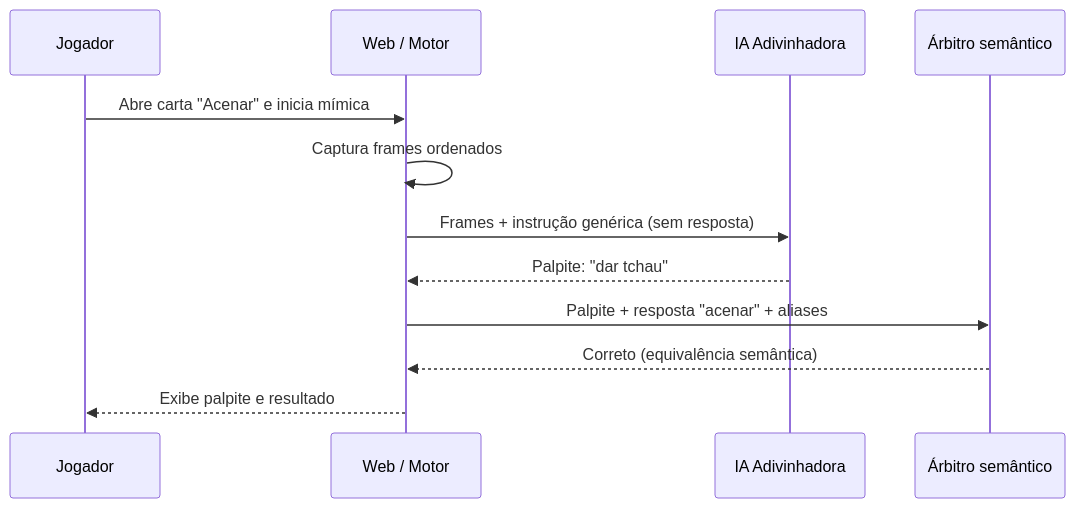
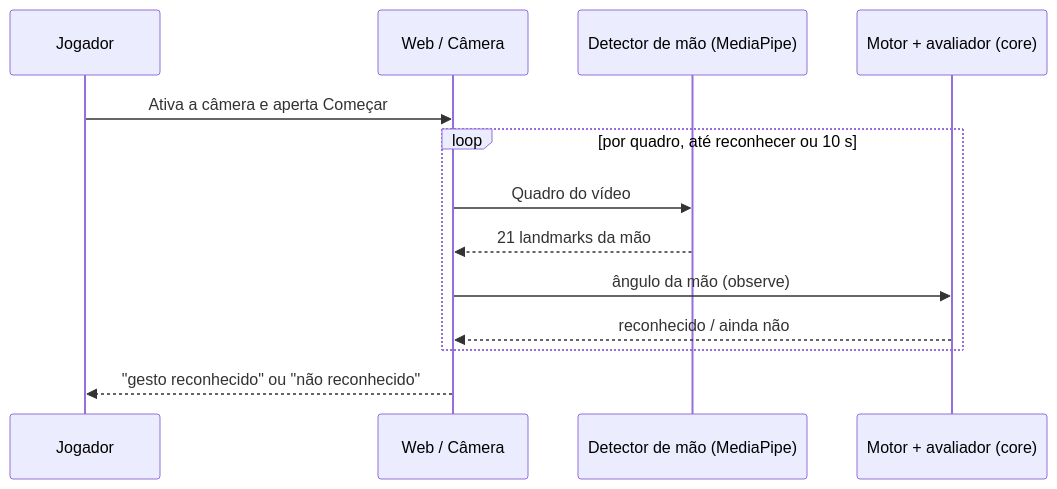
One commit to wezercarvalho/guess-my-move changed the diagram in docs/product/PROJECT_SPEC.md. Above: the diagram before and after it, drawn with Mermaid. The commit also changed other lines of this file and 16 other files, not shown here.

First line of the commit message:
docs: reescrever produto, arquitetura e privacidade para o árbitro por visão e registrar a validação (#63)

````diff
--- a/docs/product/PROJECT_SPEC.md
+++ b/docs/product/PROJECT_SPEC.md
@@ -160,14 +144,15 @@
 ```mermaid
 sequenceDiagram
     participant U as Jogador
-    participant W as Web / Motor
-    participant G as IA Adivinhadora
-    participant J as Árbitro semântico
-    U->>W: Abre carta "Acenar" e inicia mímica
-    W->>W: Captura frames ordenados
-    W->>G: Frames + instrução genérica (sem resposta)
-    G-->>W: Palpite: "dar tchau"
-    W->>J: Palpite + resposta "acenar" + aliases
-    J-->>W: Correto (equivalência semântica)
-    W-->>U: Exibe palpite e resultado
+    participant W as Web / Câmera
+    participant T as Detector de mão (MediaPipe)
+    participant C as Motor + avaliador (core)
+    U->>W: Ativa a câmera e aperta Começar
+    loop por quadro, até reconhecer ou 10 s
+        W->>T: Quadro do vídeo
+        T-->>W: 21 landmarks da mão
+        W->>C: ângulo da mão (observe)
+        C-->>W: reconhecido / ainda não
+    end
+    W-->>U: "gesto reconhecido" ou "não reconhecido"
 ```
````
